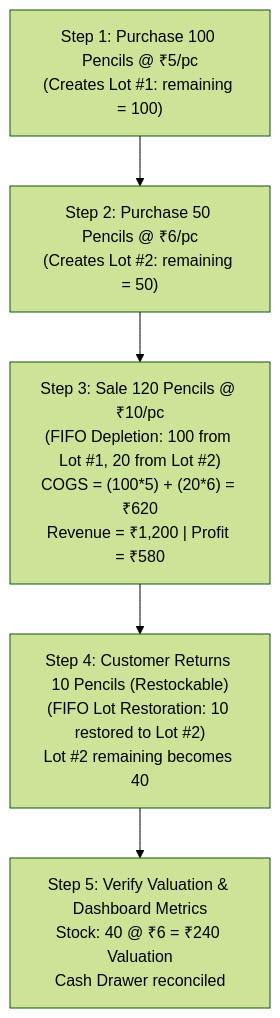
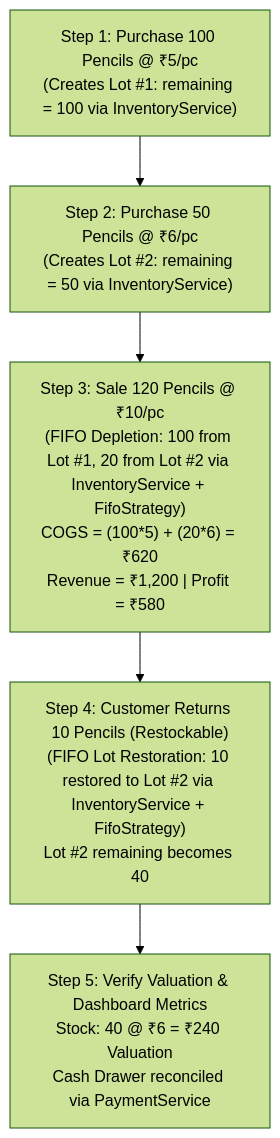
The sixth of 6 diagrams in docs/book_keeper_LLD.md (thebiz98/book_keeper), drawn with Mermaid (forest theme) before and after one commit. The commit also changed other lines of this file, not shown here.

Commit message:
docs(lld): update architecture with service layer redesign and test matrices

````diff
--- a/docs/book_keeper_LLD.md
+++ b/docs/book_keeper_LLD.md
@@ -1557,10 +1838,10 @@
 ```mermaid
 flowchart TD
-    Step1["Step 1: Purchase 100 Pencils @ ₹5/pc<br/>(Creates Lot #1: remaining = 100)"]
-    Step2["Step 2: Purchase 50 Pencils @ ₹6/pc<br/>(Creates Lot #2: remaining = 50)"]
-    Step3["Step 3: Sale 120 Pencils @ ₹10/pc<br/>(FIFO Depletion: 100 from Lot #1, 20 from Lot #2)<br/>COGS = (100*5) + (20*6) = ₹620<br/>Revenue = ₹1,200 | Profit = ₹580"]
-    Step4["Step 4: Customer Returns 10 Pencils (Restockable)<br/>(FIFO Lot Restoration: 10 restored to Lot #2)<br/>Lot #2 remaining becomes 40"]
-    Step5["Step 5: Verify Valuation & Dashboard Metrics<br/>Stock: 40 @ ₹6 = ₹240 Valuation<br/>Cash Drawer reconciled"]
+    Step1["Step 1: Purchase 100 Pencils @ ₹5/pc<br/>(Creates Lot #1: remaining = 100 via InventoryService)"]
+    Step2["Step 2: Purchase 50 Pencils @ ₹6/pc<br/>(Creates Lot #2: remaining = 50 via InventoryService)"]
+    Step3["Step 3: Sale 120 Pencils @ ₹10/pc<br/>(FIFO Depletion: 100 from Lot #1, 20 from Lot #2 via InventoryService + FifoStrategy)<br/>COGS = (100*5) + (20*6) = ₹620<br/>Revenue = ₹1,200 | Profit = ₹580"]
+    Step4["Step 4: Customer Returns 10 Pencils (Restockable)<br/>(FIFO Lot Restoration: 10 restored to Lot #2 via InventoryService + FifoStrategy)<br/>Lot #2 remaining becomes 40"]
+    Step5["Step 5: Verify Valuation & Dashboard Metrics<br/>Stock: 40 @ ₹6 = ₹240 Valuation<br/>Cash Drawer reconciled via PaymentService"]
 
     Step1 --> Step2 --> Step3 --> Step4 --> Step5
 ```
````
